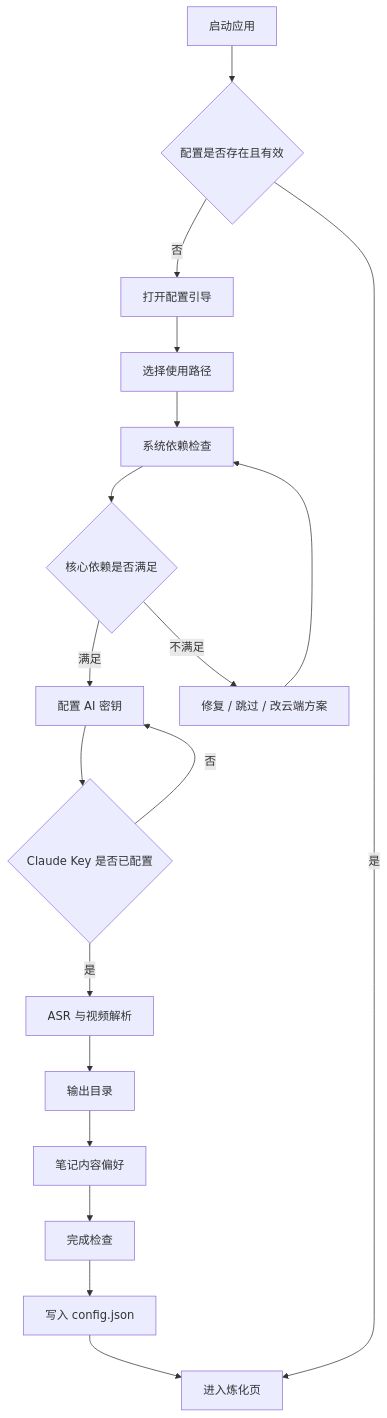
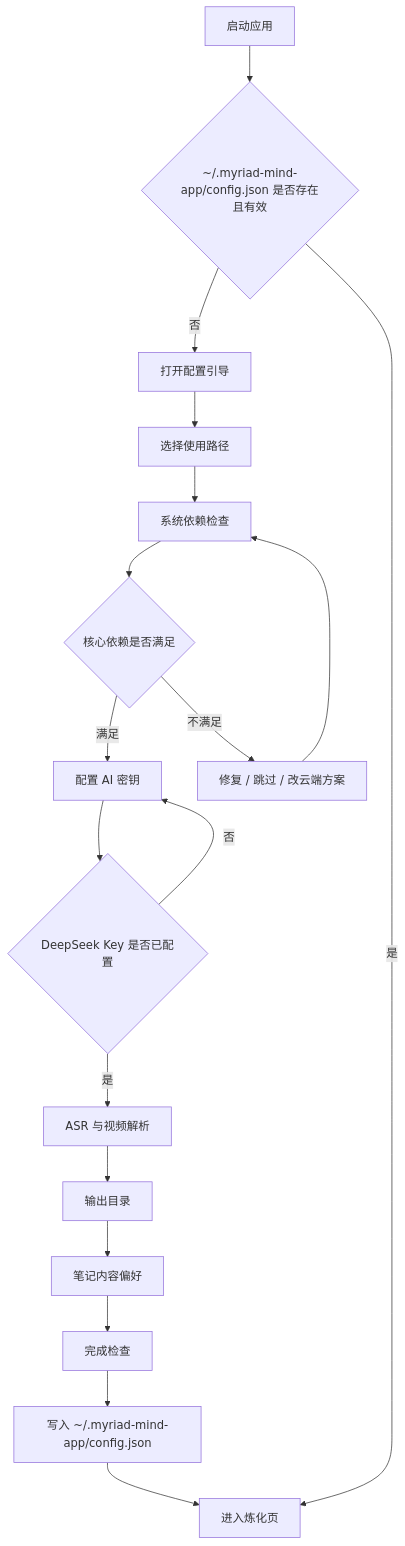
The diagram in docs/设计文档/配置引导流程设计.md (yuexingqin97/myriad-mind-app), drawn with Mermaid before and after one commit. The commit also changed other lines of this file and 39 other files, not shown here.

````diff
--- a/docs/设计文档/配置引导流程设计.md
+++ b/docs/设计文档/配置引导流程设计.md
@@ -236,20 +291,20 @@
 ```mermaid
 flowchart TD
-  A["启动应用"] --> B{"配置是否存在且有效"}
+  A["启动应用"] --> B{"~/.myriad-mind-app/config.json 是否存在且有效"}
   B -- "否" --> C["打开配置引导"]
   B -- "是" --> D["进入炼化页"]
   C --> E["选择使用路径"]
   E --> F["系统依赖检查"]
   F --> G{"核心依赖是否满足"}
   G -- "满足" --> H["配置 AI 密钥"]
   G -- "不满足" --> I["修复 / 跳过 / 改云端方案"]
   I --> F
-  H --> J{"Claude Key 是否已配置"}
+  H --> J{"DeepSeek Key 是否已配置"}
   J -- "否" --> H
   J -- "是" --> K["ASR 与视频解析"]
   K --> L["输出目录"]
   L --> M["笔记内容偏好"]
   M --> N["完成检查"]
-  N --> O["写入 config.json"]
+  N --> O["写入 ~/.myriad-mind-app/config.json"]
   O --> D
 ```
````
